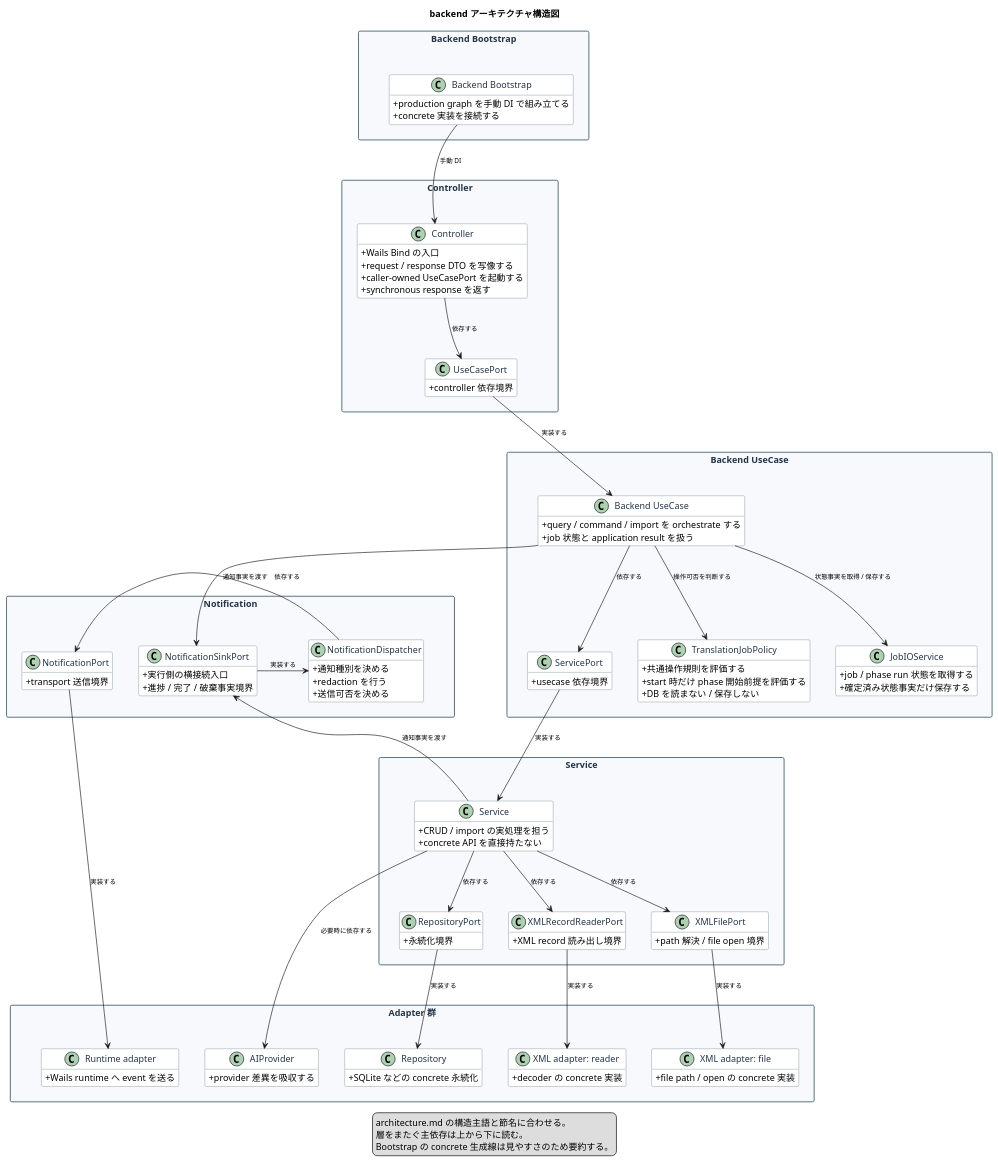
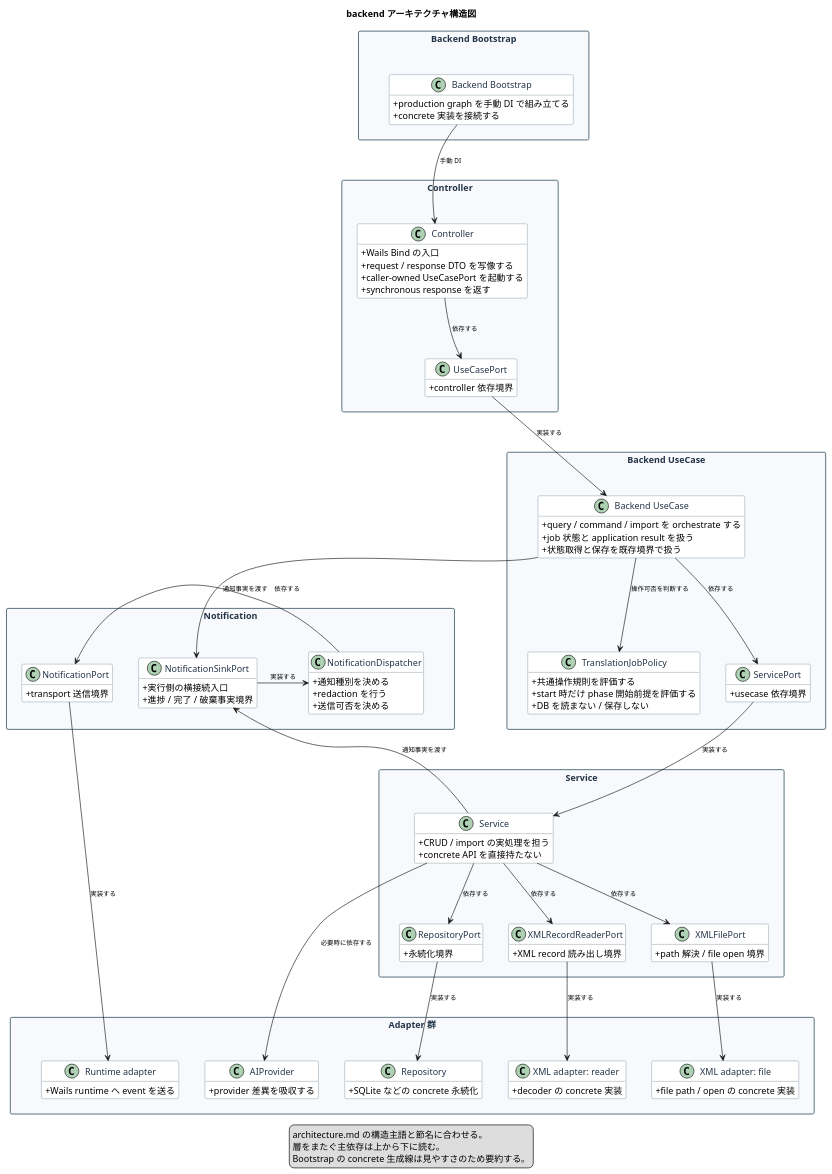
The diagram in docs/diagrams/backend/backend-architecture.puml (ishibata91/AITranslationEngineJP), drawn with PlantUML before and after one commit. The commit also changed 48 other files, not shown here.

Commit message:
Implement translation job state stale retirement

```diff
--- a/docs/diagrams/backend/backend-architecture.puml
+++ b/docs/diagrams/backend/backend-architecture.puml
@@ -1,184 +1,178 @@
 @startuml
 
 title backend アーキテクチャ構造図
 
 top to bottom direction
 hide methods
 skinparam classAttributeIconSize 0
 skinparam packageStyle rectangle
 skinparam nodesep 40
 skinparam ranksep 80
 skinparam ArrowFontSize 10
 
 skinparam package {
     BackgroundColor #f7f9fc
     BorderColor #546e7a
     FontColor #243447
 }
 skinparam class {
     BackgroundColor #ffffff
     BorderColor #546e7a
     FontColor #243447
 }
 
 package "Backend Bootstrap" as BootstrapLayer {
     class "Backend Bootstrap" as BackendBootstrap {
         + production graph を手動 DI で組み立てる
         + concrete 実装を接続する
     }
 }
 
 package "Controller" as TransportLayer {
     class "Controller" as Controller {
         + Wails Bind の入口
         + request / response DTO を写像する
         + caller-owned UseCasePort を起動する
         + synchronous response を返す
     }
 
     class "UseCasePort" as UseCasePort {
         + controller 依存境界
     }
 
     Controller -[hidden]down-> UseCasePort
 }
 
 package "Backend UseCase" as ApplicationLayer {
     class "Backend UseCase" as BackendUseCase {
         + query / command / import を orchestrate する
         + job 状態と application result を扱う
+        + 状態取得と保存を既存境界で扱う
     }
 
     class "ServicePort" as ServicePort {
         + usecase 依存境界
     }
 
     class "TranslationJobPolicy" as TranslationJobPolicy {
         + 共通操作規則を評価する
         + start 時だけ phase 開始前提を評価する
         + DB を読まない / 保存しない
     }
 
-    class "JobIOService" as JobIOService {
-        + job / phase run 状態を取得する
-        + 確定済み状態事実だけ保存する
-    }
-
     BackendUseCase -[hidden]down-> ServicePort
     ServicePort -[hidden]right-> TranslationJobPolicy
-    TranslationJobPolicy -[hidden]right-> JobIOService
 }
 
 package "Notification" as NotificationLayer {
     class "NotificationSinkPort" as NotificationSinkPort {
         + 実行側の横接続入口
         + 進捗 / 完了 / 破棄事実境界
     }
 
     class "NotificationDispatcher" as NotificationDispatcher {
         + 通知種別を決める
         + redaction を行う
         + 送信可否を決める
     }
 
     class "NotificationPort" as NotificationPort {
         + transport 送信境界
     }
 
     NotificationSinkPort -[hidden]right-> NotificationDispatcher
     NotificationDispatcher -[hidden]right-> NotificationPort
 }
 
 package "Service" as ServiceLayer {
     class "Service" as Service {
         + CRUD / import の実処理を担う
         + concrete API を直接持たない
     }
 
     class "RepositoryPort" as RepositoryPort {
         + 永続化境界
     }
 
     class "XMLFilePort" as XmlFilePort {
         + path 解決 / file open 境界
     }
 
     class "XMLRecordReaderPort" as XmlRecordReaderPort {
         + XML record 読み出し境界
     }
 
     RepositoryPort -[hidden]right-> XmlFilePort
     XmlFilePort -[hidden]right-> XmlRecordReaderPort
 }
 
 package "Adapter 群" as AdapterLayer {
     class "Repository" as RepositoryAdapter {
         + SQLite などの concrete 永続化
     }
 
     class "XML adapter: file" as XmlFileAdapter {
         + file path / open の concrete 実装
     }
 
     class "XML adapter: reader" as XmlReaderAdapter {
         + decoder の concrete 実装
     }
 
     class "Runtime adapter" as RuntimeAdapter {
         + Wails runtime へ event を送る
     }
 
     class "AIProvider" as AiProvider {
         + provider 差異を吸収する
     }
 
     RepositoryAdapter -[hidden]right-> XmlFileAdapter
     XmlFileAdapter -[hidden]right-> XmlReaderAdapter
     XmlReaderAdapter -[hidden]right-> RuntimeAdapter
     RuntimeAdapter -[hidden]right-> AiProvider
 }
 
 BackendBootstrap --> Controller : 手動 DI
 
 Controller --> UseCasePort : 依存する
 UseCasePort --> BackendUseCase : 実装する
 
 BackendUseCase --> ServicePort : 依存する
 ServicePort --> Service : 実装する
 BackendUseCase --> TranslationJobPolicy : 操作可否を判断する
-BackendUseCase --> JobIOService : 状態事実を取得 / 保存する
 BackendUseCase --> NotificationSinkPort : 通知事実を渡す
 
 Service --> RepositoryPort : 依存する
 Service --> XmlFilePort : 依存する
 Service --> XmlRecordReaderPort : 依存する
 Service --> NotificationSinkPort : 通知事実を渡す
 Service --> AiProvider : 必要時に依存する
 
 NotificationSinkPort --> NotificationDispatcher : 実装する
 NotificationDispatcher --> NotificationPort : 依存する
 
 RepositoryPort --> RepositoryAdapter : 実装する
 XmlFilePort --> XmlFileAdapter : 実装する
 XmlRecordReaderPort --> XmlReaderAdapter : 実装する
 NotificationPort --> RuntimeAdapter : 実装する
 
 BootstrapLayer -[hidden]down-> TransportLayer
 TransportLayer -[hidden]down-> ApplicationLayer
 ApplicationLayer -[hidden]down-> NotificationLayer
 NotificationLayer -[hidden]down-> ServiceLayer
 ServiceLayer -[hidden]down-> AdapterLayer
 
 BackendBootstrap -[hidden]down-> Controller
 Controller -[hidden]down-> BackendUseCase
 BackendUseCase -[hidden]down-> NotificationSinkPort
 BackendUseCase -[hidden]down-> Service
 Service -[hidden]down-> RepositoryAdapter
 
 legend bottom
     architecture.md の構造主語と節名に合わせる。
     層をまたぐ主依存は上から下に読む。
     Bootstrap の concrete 生成線は見やすさのため要約する。
 endlegend
 
 @enduml
```
